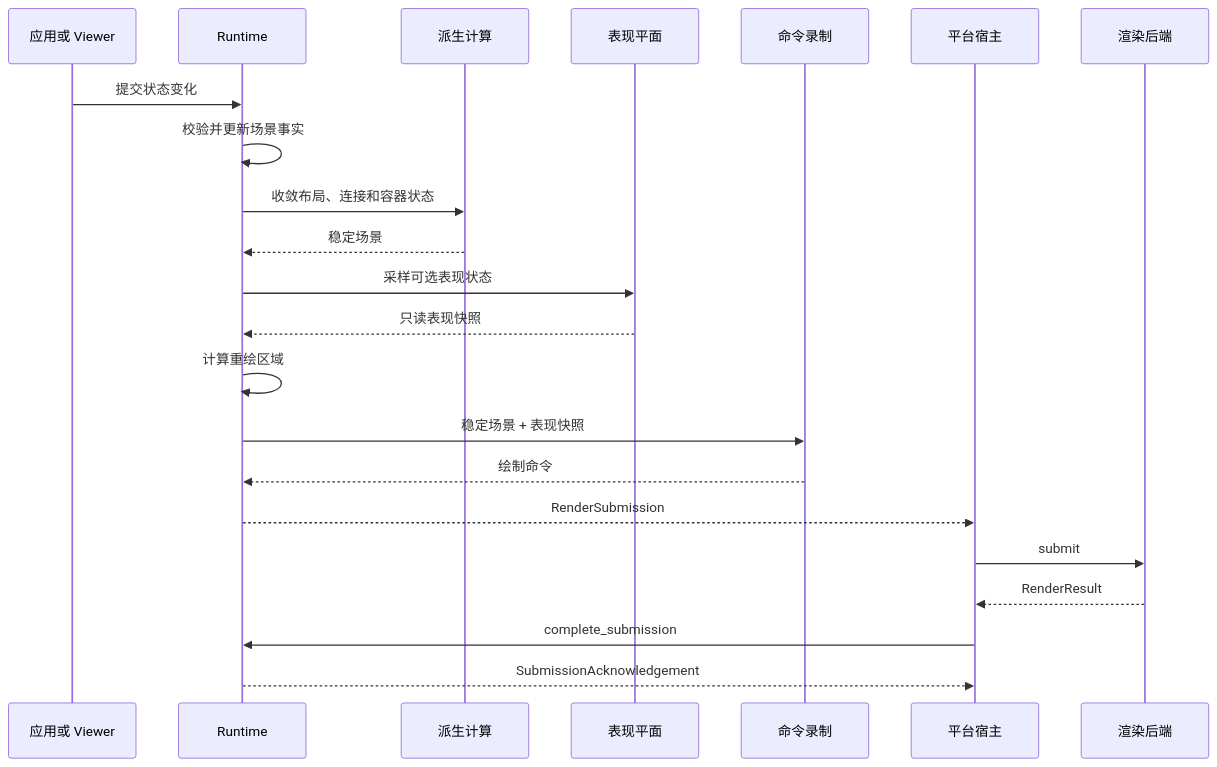
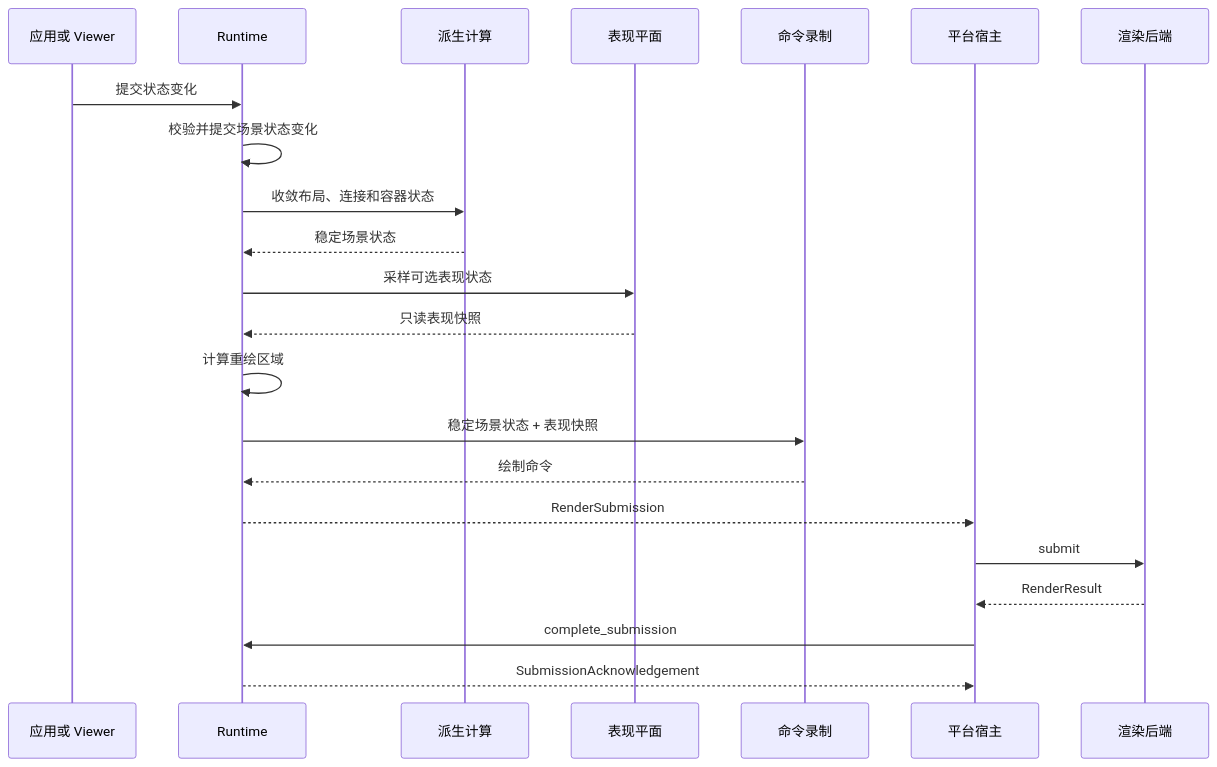
Before and after one commit to yezhang/novadraw: the third of 4 diagrams in engine/wasm_rust/novadraw/book/internals/src/01-graphical-framework.md, drawn with Mermaid. The commit also changed other lines of this file and 26 other files, not shown here.

````diff
--- a/engine/wasm_rust/novadraw/book/internals/src/01-graphical-framework.md
+++ b/engine/wasm_rust/novadraw/book/internals/src/01-graphical-framework.md
@@ -228,25 +229,25 @@
 ```mermaid
 sequenceDiagram
     participant Source as 应用或 Viewer
     participant Runtime
     participant Derived as 派生计算
     participant Presentation as 表现平面
     participant Recorder as 命令录制
     participant Host as 平台宿主
     participant Backend as 渲染后端
 
     Source->>Runtime: 提交状态变化
-    Runtime->>Runtime: 校验并更新场景事实
+    Runtime->>Runtime: 校验并提交场景状态变化
     Runtime->>Derived: 收敛布局、连接和容器状态
-    Derived-->>Runtime: 稳定场景
+    Derived-->>Runtime: 稳定场景状态
     Runtime->>Presentation: 采样可选表现状态
     Presentation-->>Runtime: 只读表现快照
     Runtime->>Runtime: 计算重绘区域
-    Runtime->>Recorder: 稳定场景 + 表现快照
+    Runtime->>Recorder: 稳定场景状态 + 表现快照
     Recorder-->>Runtime: 绘制命令
     Runtime-->>Host: RenderSubmission
     Host->>Backend: submit
     Backend-->>Host: RenderResult
     Host->>Runtime: complete_submission
     Runtime-->>Host: SubmissionAcknowledgement
 ```
````
